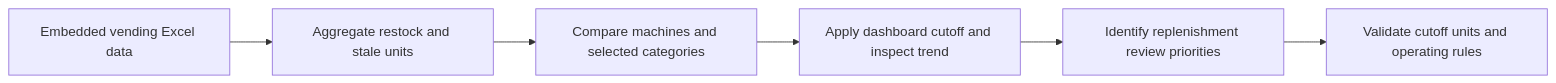
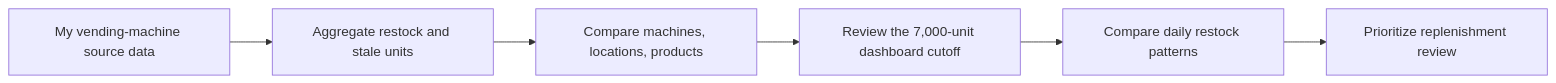
One commit to vamruthala/inventory-restock-supply-chain-analytics changed the diagram in README.md. Above: the diagram before and after it, drawn with Mermaid. The commit also changed other lines of this file, not shown here.

````diff
--- a/README.md
+++ b/README.md
@@ -13,8 +15,8 @@
 ```mermaid
 flowchart LR
-  A[Embedded vending Excel data] --> B[Aggregate restock and stale units]
-  B --> C[Compare machines and selected categories]
-  C --> D[Apply dashboard cutoff and inspect trend]
-  D --> E[Identify replenishment review priorities]
-  E --> F[Validate cutoff units and operating rules]
+  A[My vending-machine source data] --> B[Aggregate restock and stale units]
+  B --> C[Compare machines, locations, products]
+  C --> D[Review the 7,000-unit dashboard cutoff]
+  D --> E[Compare daily restock patterns]
+  E --> F[Prioritize replenishment review]
 ```
````
